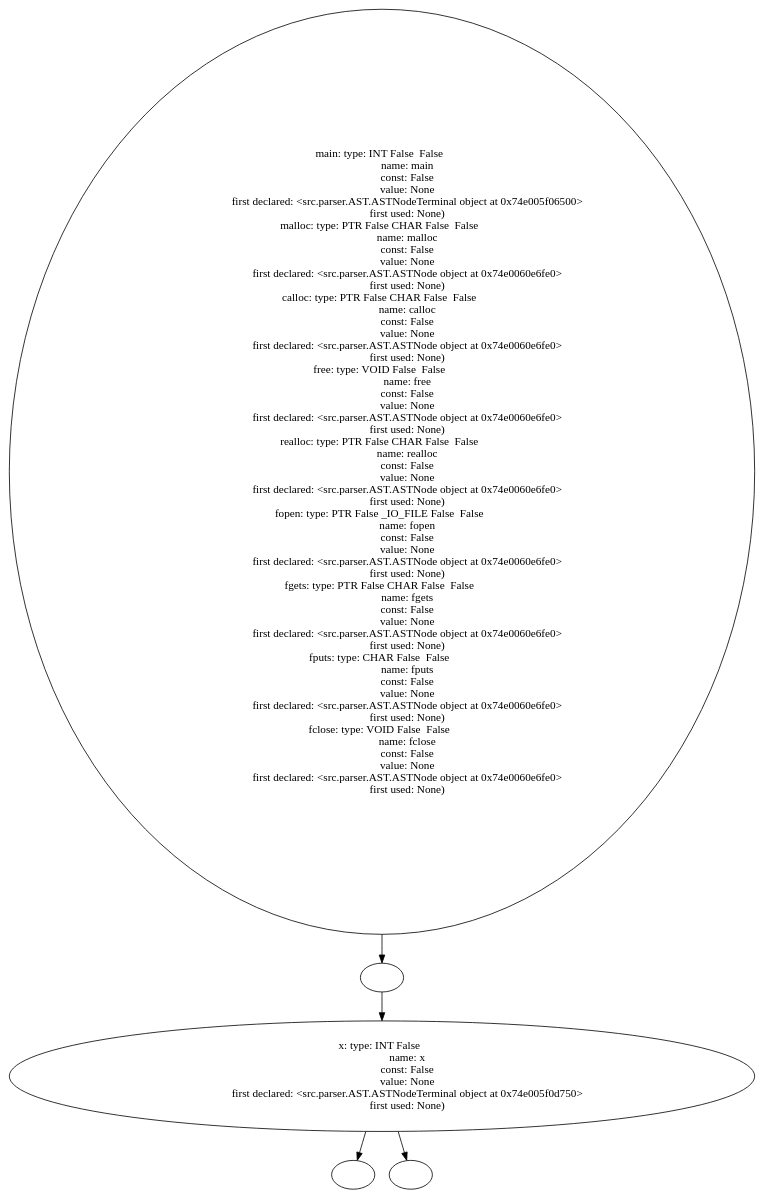
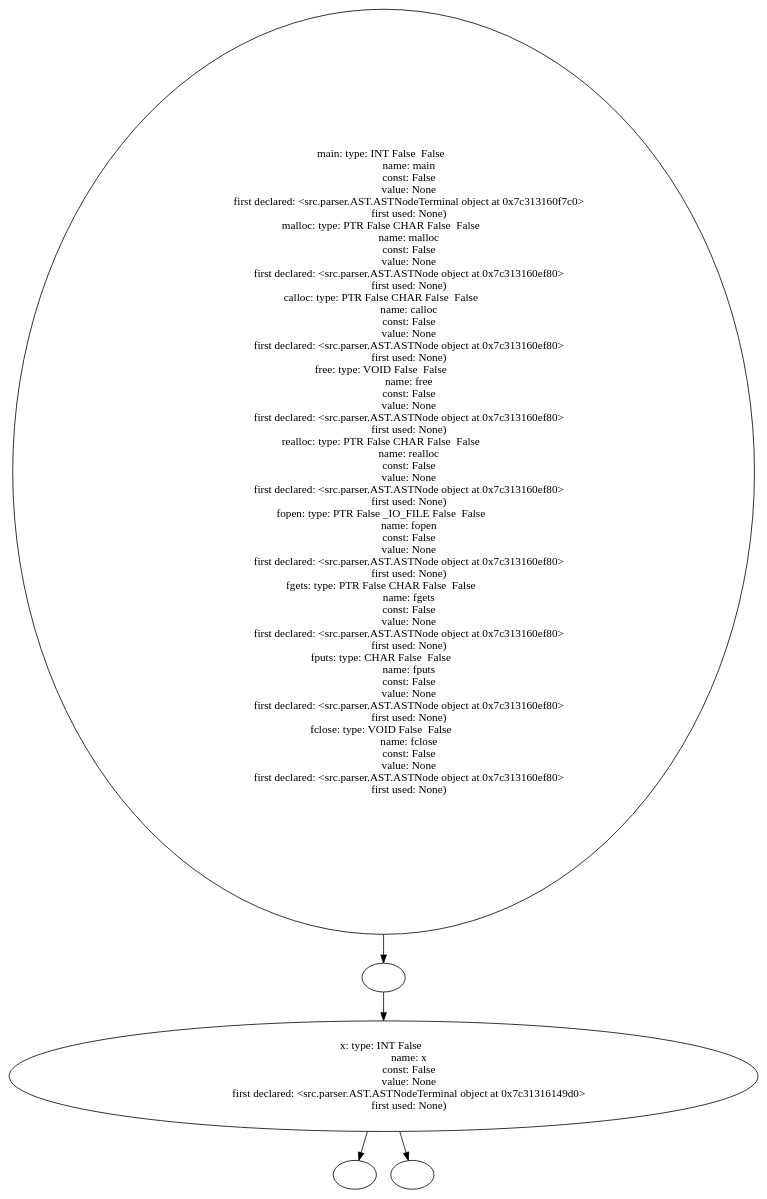
Before and after one commit to Are-you-listening/Compilers: the diagram in example_source_files/50_remove_dead_conditions/50_remove_dead_conditions_table.dot, drawn with Graphviz. The commit also changed 281 other files, not shown here.

```diff
--- a/example_source_files/50_remove_dead_conditions/50_remove_dead_conditions_table.dot
+++ b/example_source_files/50_remove_dead_conditions/50_remove_dead_conditions_table.dot
@@ -1,69 +1,69 @@
 digraph AST {
-  "128505521168752" [label="main: type: INT False  False  
+  "136550723706864" [label="main: type: INT False  False  
                    name: main
                    const: False
                    value: None
-                   first declared: <src.parser.AST.ASTNodeTerminal object at 0x74e005f06500>
+                   first declared: <src.parser.AST.ASTNodeTerminal object at 0x7c313160f7c0>
                    first used: None)
 malloc: type: PTR False CHAR False  False  
                    name: malloc
                    const: False
                    value: None
-                   first declared: <src.parser.AST.ASTNode object at 0x74e0060e6fe0>
+                   first declared: <src.parser.AST.ASTNode object at 0x7c313160ef80>
                    first used: None)
 calloc: type: PTR False CHAR False  False  
                    name: calloc
                    const: False
                    value: None
-                   first declared: <src.parser.AST.ASTNode object at 0x74e0060e6fe0>
+                   first declared: <src.parser.AST.ASTNode object at 0x7c313160ef80>
                    first used: None)
 free: type: VOID False  False  
                    name: free
                    const: False
                    value: None
-                   first declared: <src.parser.AST.ASTNode object at 0x74e0060e6fe0>
+                   first declared: <src.parser.AST.ASTNode object at 0x7c313160ef80>
                    first used: None)
 realloc: type: PTR False CHAR False  False  
                    name: realloc
                    const: False
                    value: None
-                   first declared: <src.parser.AST.ASTNode object at 0x74e0060e6fe0>
+                   first declared: <src.parser.AST.ASTNode object at 0x7c313160ef80>
                    first used: None)
 fopen: type: PTR False _IO_FILE False  False  
                    name: fopen
                    const: False
                    value: None
-                   first declared: <src.parser.AST.ASTNode object at 0x74e0060e6fe0>
+                   first declared: <src.parser.AST.ASTNode object at 0x7c313160ef80>
                    first used: None)
 fgets: type: PTR False CHAR False  False  
                    name: fgets
                    const: False
                    value: None
-                   first declared: <src.parser.AST.ASTNode object at 0x74e0060e6fe0>
+                   first declared: <src.parser.AST.ASTNode object at 0x7c313160ef80>
                    first used: None)
 fputs: type: CHAR False  False  
                    name: fputs
                    const: False
                    value: None
-                   first declared: <src.parser.AST.ASTNode object at 0x74e0060e6fe0>
+                   first declared: <src.parser.AST.ASTNode object at 0x7c313160ef80>
                    first used: None)
 fclose: type: VOID False  False  
                    name: fclose
                    const: False
                    value: None
-                   first declared: <src.parser.AST.ASTNode object at 0x74e0060e6fe0>
+                   first declared: <src.parser.AST.ASTNode object at 0x7c313160ef80>
                    first used: None)"];
-  "128505521168752" -> "128505521169952";
-  "128505521169952" [label=""];
-  "128505521169952" -> "128505521167552";
-  "128505521167552" [label="x: type: INT False  
+  "136550723706864" -> "136550723706672";
+  "136550723706672" [label=""];
+  "136550723706672" -> "136550723710608";
+  "136550723710608" [label="x: type: INT False  
                    name: x
                    const: False
                    value: None
-                   first declared: <src.parser.AST.ASTNodeTerminal object at 0x74e005f0d750>
+                   first declared: <src.parser.AST.ASTNodeTerminal object at 0x7c31316149d0>
                    first used: None)"];
-  "128505521167552" -> "128505521163136";
-  "128505521167552" -> "128505521171296";
-  "128505521163136" [label=""];
-  "128505521171296" [label=""];
+  "136550723710608" -> "136550723703840";
+  "136550723710608" -> "136550723710704";
+  "136550723703840" [label=""];
+  "136550723710704" [label=""];
 }
```
